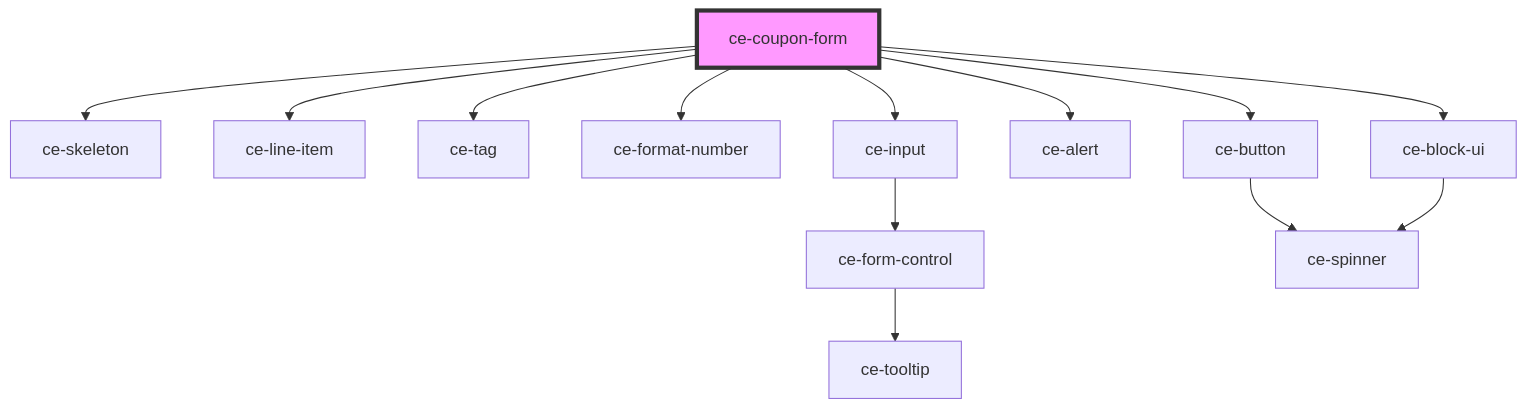
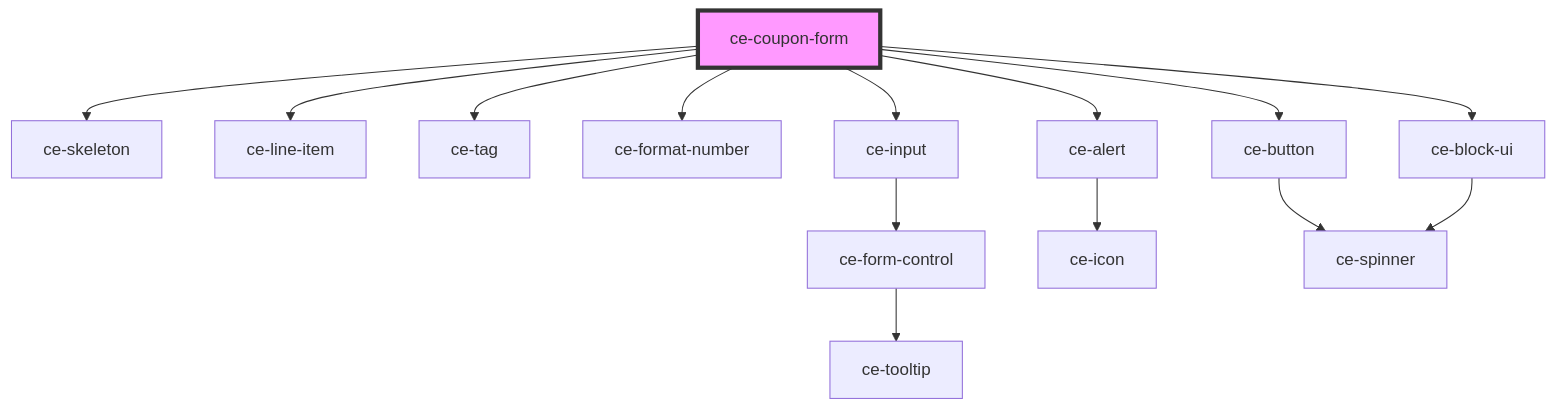
The diagram in packages/components/src/components/controllers/coupon-form/readme.md (surecart/surecart-wp-plugin), drawn with Mermaid before and after one commit. The commit also changed 101 other files, not shown here.

````diff
--- a/packages/components/src/components/controllers/coupon-form/readme.md
+++ b/packages/components/src/components/controllers/coupon-form/readme.md
@@ -41,16 +41,17 @@
 ```mermaid
 graph TD;
   ce-coupon-form --> ce-skeleton
   ce-coupon-form --> ce-line-item
   ce-coupon-form --> ce-tag
   ce-coupon-form --> ce-format-number
   ce-coupon-form --> ce-input
   ce-coupon-form --> ce-alert
   ce-coupon-form --> ce-button
   ce-coupon-form --> ce-block-ui
   ce-input --> ce-form-control
   ce-form-control --> ce-tooltip
+  ce-alert --> ce-icon
   ce-button --> ce-spinner
   ce-block-ui --> ce-spinner
   style ce-coupon-form fill:#f9f,stroke:#333,stroke-width:4px
 ```
````
